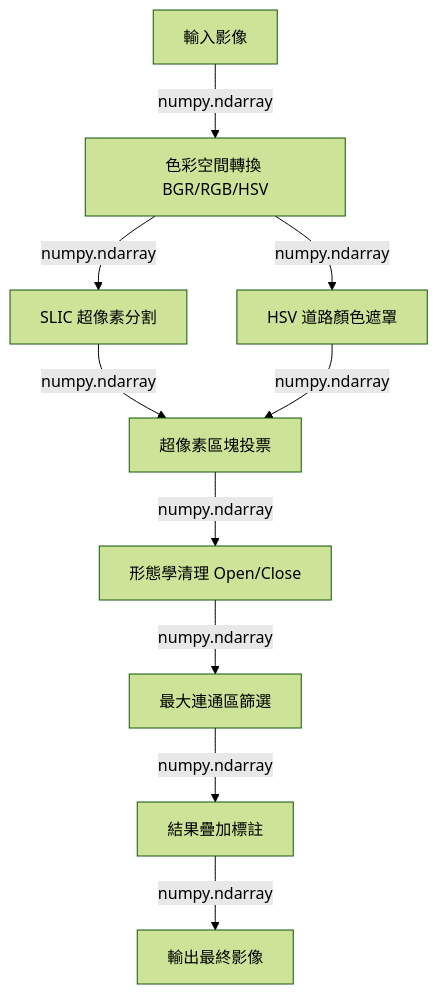
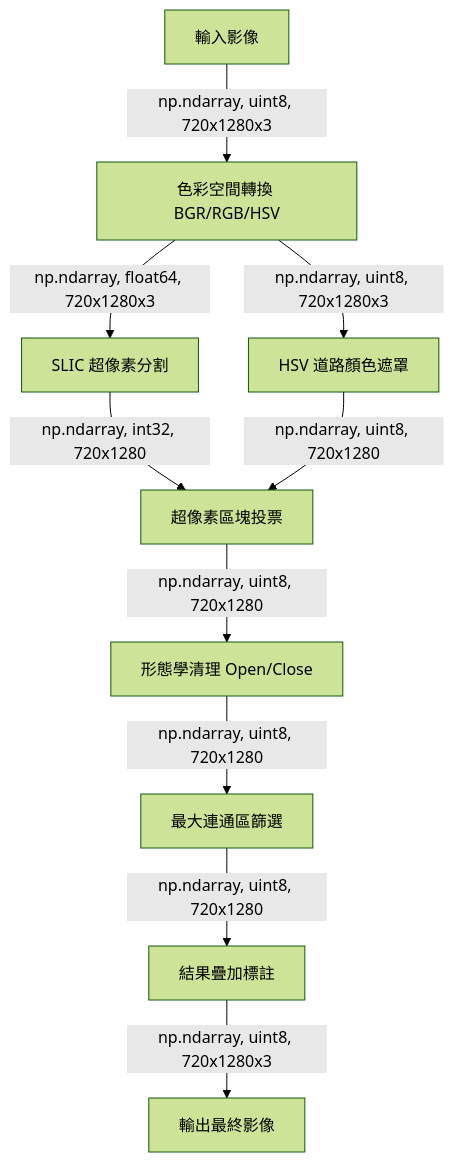
One commit to ingPrivate/road-segment changed the diagram in README.md. Above: the diagram before and after it, drawn with Mermaid (forest theme).

Commit message:
docs: add data types and buffer sizes to pipeline diagram

````diff
--- a/README.md
+++ b/README.md
@@ -16,12 +16,12 @@
 ```mermaid
 graph TD
-    A[輸入影像] -->|numpy.ndarray| B[色彩空間轉換 BGR/RGB/HSV]
-    B -->|numpy.ndarray| C[SLIC 超像素分割]
-    B -->|numpy.ndarray| D[HSV 道路顏色遮罩]
-    C -->|numpy.ndarray| E[超像素區塊投票]
-    D -->|numpy.ndarray| E
-    E -->|numpy.ndarray| F[形態學清理 Open/Close]
-    F -->|numpy.ndarray| G[最大連通區篩選]
-    G -->|numpy.ndarray| H[結果疊加標註]
-    H -->|numpy.ndarray| I[輸出最終影像]
+    A[輸入影像] -->|np.ndarray, uint8, 720x1280x3| B[色彩空間轉換 BGR/RGB/HSV]
+    B -->|np.ndarray, float64, 720x1280x3| C[SLIC 超像素分割]
+    B -->|np.ndarray, uint8, 720x1280x3| D[HSV 道路顏色遮罩]
+    C -->|np.ndarray, int32, 720x1280| E[超像素區塊投票]
+    D -->|np.ndarray, uint8, 720x1280| E
+    E -->|np.ndarray, uint8, 720x1280| F[形態學清理 Open/Close]
+    F -->|np.ndarray, uint8, 720x1280| G[最大連通區篩選]
+    G -->|np.ndarray, uint8, 720x1280| H[結果疊加標註]
+    H -->|np.ndarray, uint8, 720x1280x3| I[輸出最終影像]
 ```
````
